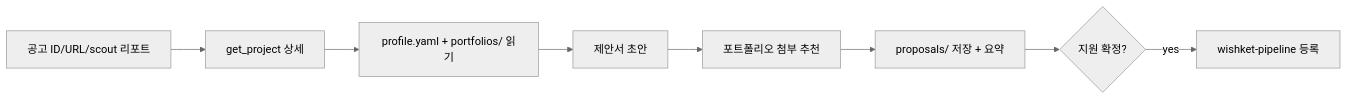
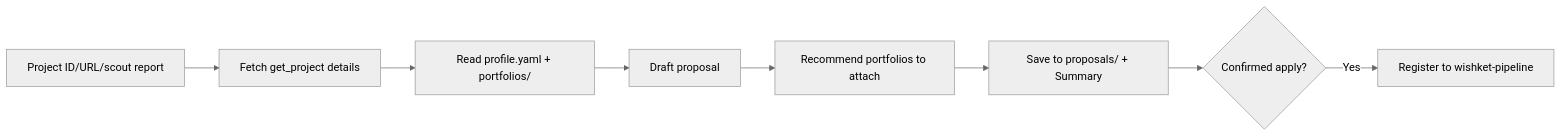
Before and after one commit to epicsagas/wishket-radar: the diagram in skills/wishket-apply/SKILL.md, drawn with Mermaid (neutral theme). The commit also changed other lines of this file and 14 other files, not shown here.

````diff
--- a/skills/wishket-apply/SKILL.md
+++ b/skills/wishket-apply/SKILL.md
@@ -10,10 +10,10 @@
 ```mermaid
 flowchart LR
-    A[공고 ID/URL/scout 리포트] --> B[get_project 상세]
-    B --> C[profile.yaml + portfolios/ 읽기]
-    C --> D[제안서 초안]
-    D --> E[포트폴리오 첨부 추천]
-    E --> F[proposals/ 저장 + 요약]
-    F --> G{지원 확정?}
-    G -- yes --> H[wishket-pipeline 등록]
+    A[Project ID/URL/scout report] --> B[Fetch get_project details]
+    B --> C[Read profile.yaml + portfolios/]
+    C --> D[Draft proposal]
+    D --> E[Recommend portfolios to attach]
+    E --> F[Save to proposals/ + Summary]
+    F --> G{Confirmed apply?}
+    G -- Yes --> H[Register to wishket-pipeline]
 ```
````
